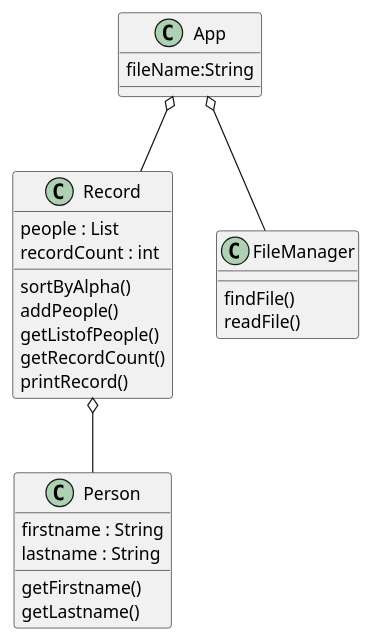
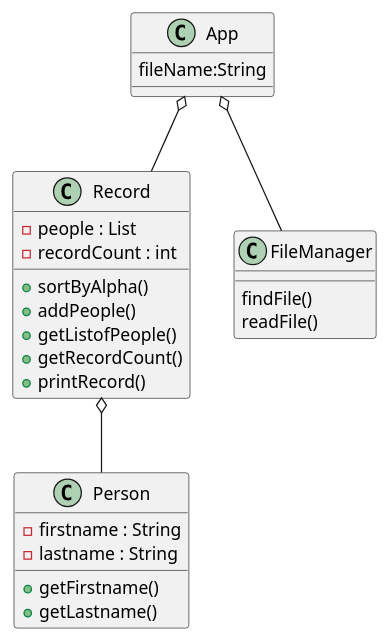
One commit to kingraham228/Ingraham-cop3330-assignment3 changed the diagram in src/main/java/ex41/NameSorter.puml. Above: the diagram before and after it, drawn with PlantUML. The commit also changed 2 other files, not shown here.

```diff
--- a/src/main/java/ex41/NameSorter.puml
+++ b/src/main/java/ex41/NameSorter.puml
@@ -1,31 +1,31 @@
 @startuml
 class Person{
-firstname : String
-lastname : String
-getFirstname()
-getLastname()
+- firstname : String
+- lastname : String
++ getFirstname()
++ getLastname()
 }
 
 class Record{
-people : List
-recordCount : int
-sortByAlpha()
-addPeople()
-getListofPeople()
-getRecordCount()
-printRecord()
+- people : List
+- recordCount : int
++ sortByAlpha()
++ addPeople()
++ getListofPeople()
++ getRecordCount()
++ printRecord()
 }
 
 class App{
 fileName:String
 }
 
 class FileManager{
 findFile()
 readFile()
 }
 
 App o-- Record
 Record o-- Person
 App o-- FileManager
 @enduml
```
